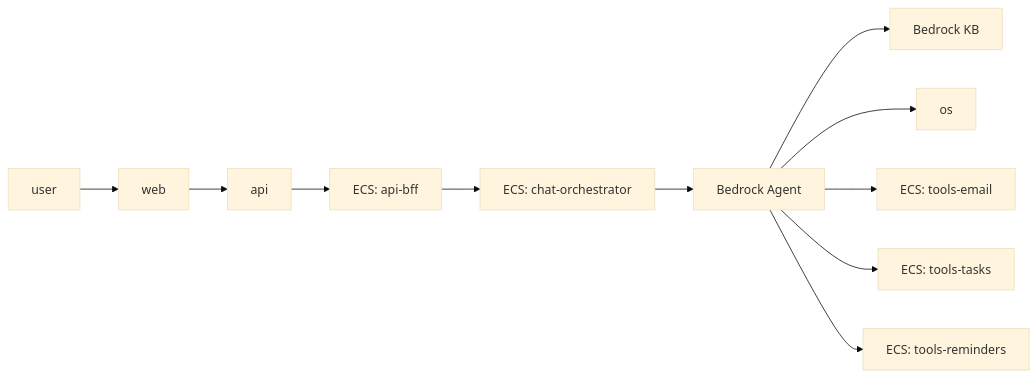
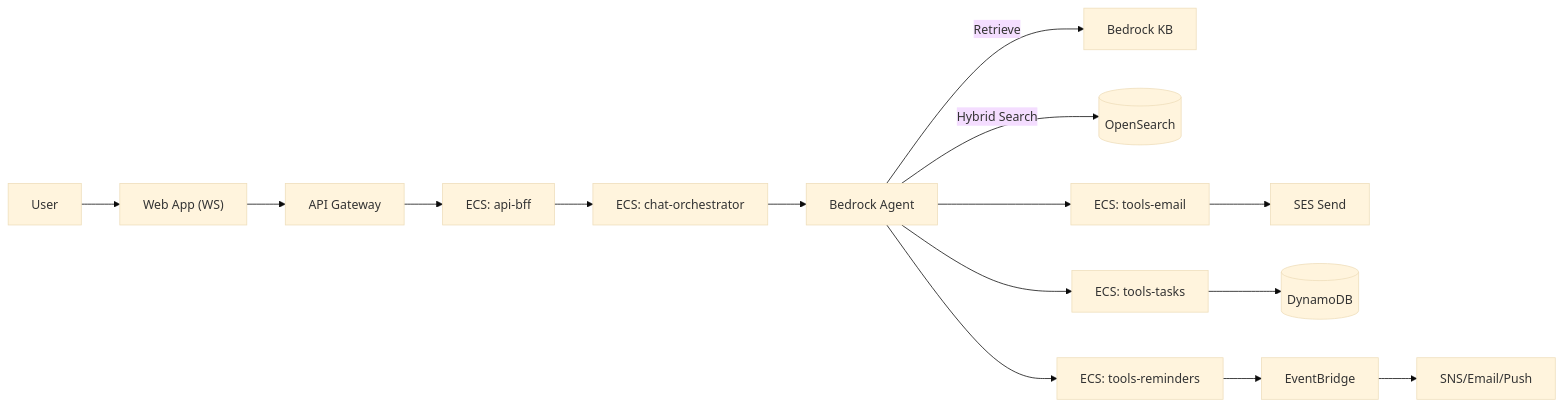
One commit to fpresta0607/Jarvis changed the fifth of 9 diagrams in README.md. Above: the diagram before and after it, drawn with Mermaid (base theme). The commit also changed other lines of this file, not shown here.

Commit message:
Refactor architecture diagram in README for improved clarity and detail in ingestion pipeline and service interactions

````diff
--- a/README.md
+++ b/README.md
@@ -154,11 +222,13 @@
 ```mermaid
 flowchart LR
-  user --> web --> api --> bff[ECS: api-bff]
-  bff --> chat[ECS: chat-orchestrator]
-  chat --> agent[Bedrock Agent]
-  agent --> kb[Bedrock KB]
-  agent --> os
-  agent --> email[ECS: tools-email]
-  agent --> tasks[ECS: tools-tasks]
-  agent --> rem[ECS: tools-reminders]
+  user["User"] --> ui["Web App (WS)"]
+  ui --> api["API Gateway"]
+  api --> bff["ECS: api-bff"]
+  bff --> chat["ECS: chat-orchestrator"]
+  chat --> agent["Bedrock Agent"]
+  agent -->|"Retrieve"| kb["Bedrock KB"]
+  agent -->|"Hybrid Search"| os[("OpenSearch")]
+  agent --> email["ECS: tools-email"] --> ses["SES Send"]
+  agent --> tasks["ECS: tools-tasks"] --> ddb[("DynamoDB")]
+  agent --> remind["ECS: tools-reminders"] --> evb["EventBridge"] --> sns["SNS/Email/Push"]
 ```
````
